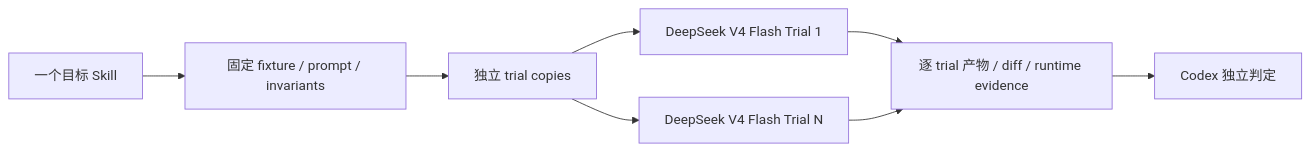
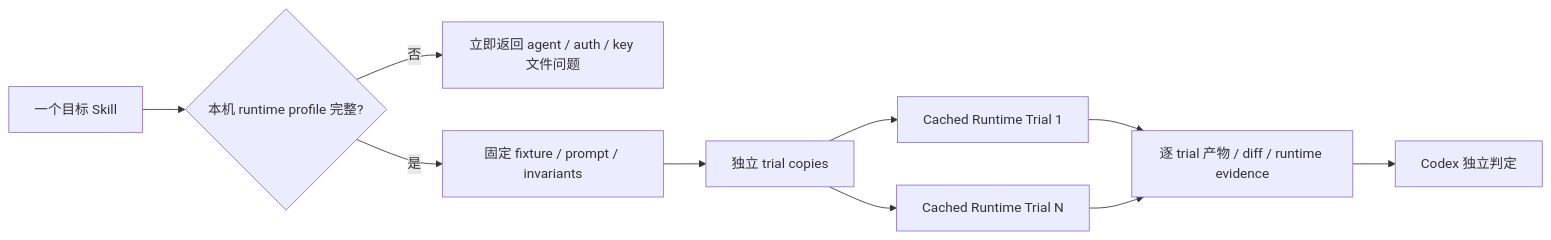
One commit to qiulinfan/qiulinfan.github.io changed the third of 4 diagrams in skills/WORKFLOWS.md. Above: the diagram before and after it, drawn with Mermaid. The commit also changed other lines of this file and 21 other files, not shown here.

````diff
--- a/skills/WORKFLOWS.md
+++ b/skills/WORKFLOWS.md
@@ -49,10 +55,12 @@
 ```mermaid
 flowchart LR
-    Skill["一个目标 Skill"] --> Contract["固定 fixture / prompt / invariants"]
+    Skill["一个目标 Skill"] --> Profile{"本机 runtime profile 完整?"}
+    Profile -->|否| Ask["立即返回 agent / auth / key 文件问题"]
+    Profile -->|是| Contract["固定 fixture / prompt / invariants"]
     Contract --> Copies["独立 trial copies"]
-    Copies --> T1["DeepSeek V4 Flash Trial 1"]
-    Copies --> T2["DeepSeek V4 Flash Trial N"]
+    Copies --> T1["Cached Runtime Trial 1"]
+    Copies --> T2["Cached Runtime Trial N"]
     T1 --> Evidence["逐 trial 产物 / diff / runtime evidence"]
     T2 --> Evidence
     Evidence --> Verdict["Codex 独立判定"]
 ```
````
